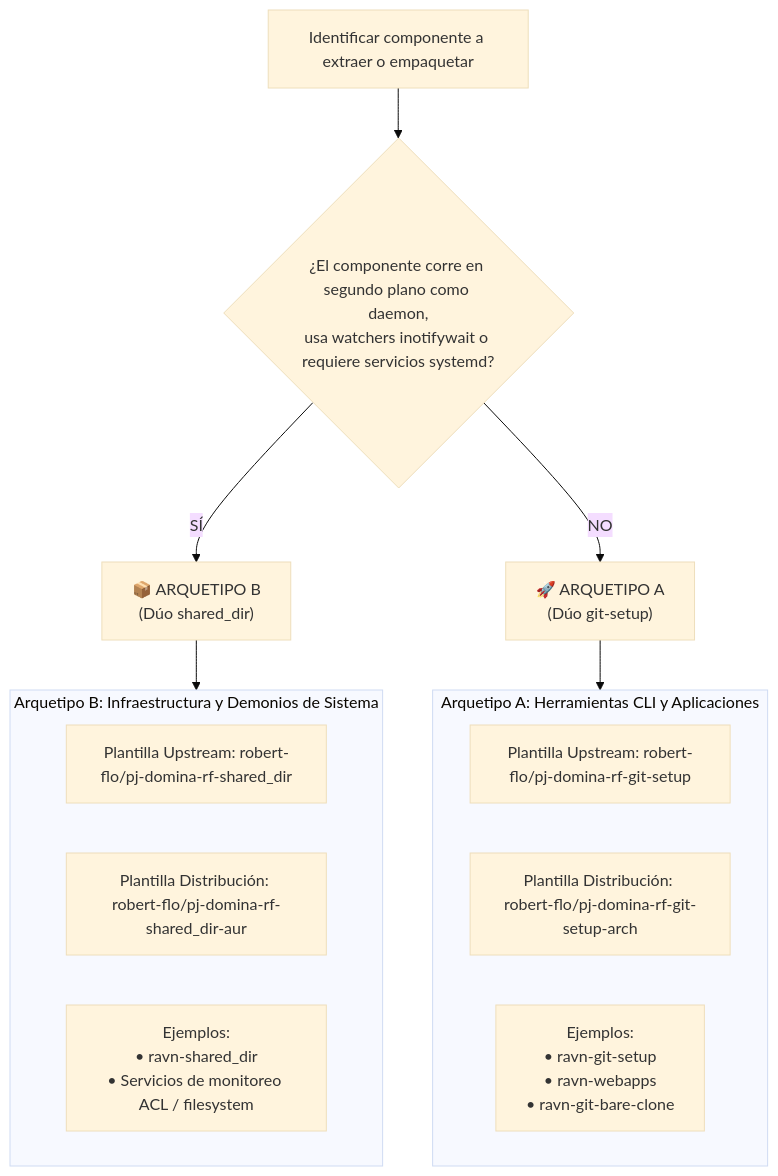
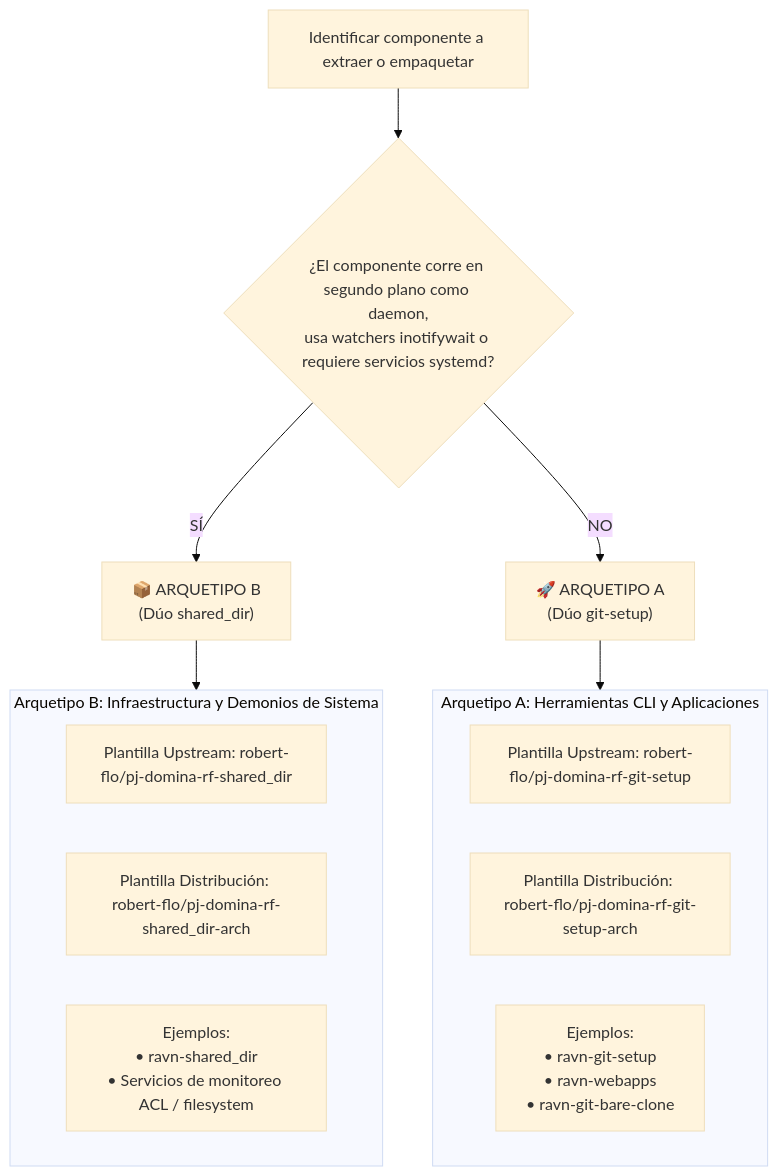
Before and after one commit to robert-flo/PJ-NIRI-rf-omarchy-workstation: the diagram in 07 - Referencias del Sistema/07.6 - Estandar de Duo Repositorios y Arbol de Decision (git-setup vs shared_dir).md, drawn with Mermaid (base theme). The commit also changed other lines of this file and 1 other file, not shown here.

Commit message:
docs: estandarizar sufijo -arch (shared_dir-aur -> shared_dir-arch) (#55)
agente: ceo · plataforma: Grok Bot

````diff
--- a/07 - Referencias del Sistema/07.6 - Estandar de Duo Repositorios y Arbol de Decision (git-setup vs shared_dir).md
+++ b/07 - Referencias del Sistema/07.6 - Estandar de Duo Repositorios y Arbol de Decision (git-setup vs shared_dir).md
@@ -43,22 +43,22 @@
 ```mermaid
 flowchart TD
     Start["Identificar componente a extraer o empaquetar"] --> CheckDaemon{"¿El componente corre en segundo plano como daemon,\nusa watchers inotifywait o requiere servicios systemd?"}
 
     CheckDaemon -- "SÍ" --> ArqB["📦 ARQUETIPO B\n(Dúo shared_dir)"]
     CheckDaemon -- "NO" --> ArqA["🚀 ARQUETIPO A\n(Dúo git-setup)"]
 
     subgraph Caso_A ["Arquetipo A: Herramientas CLI y Aplicaciones"]
         ArqA1["Plantilla Upstream: robert-flo/pj-domina-rf-git-setup"]
         ArqA2["Plantilla Distribución: robert-flo/pj-domina-rf-git-setup-arch"]
         ArqA3["Ejemplos:\n• ravn-git-setup\n• ravn-webapps\n• ravn-git-bare-clone"]
     end
 
     subgraph Caso_B ["Arquetipo B: Infraestructura y Demonios de Sistema"]
         ArqB1["Plantilla Upstream: robert-flo/pj-domina-rf-shared_dir"]
-        ArqB2["Plantilla Distribución: robert-flo/pj-domina-rf-shared_dir-aur"]
+        ArqB2["Plantilla Distribución: robert-flo/pj-domina-rf-shared_dir-arch"]
         ArqB3["Ejemplos:\n• ravn-shared_dir\n• Servicios de monitoreo ACL / filesystem"]
     end
 
     ArqA --> Caso_A
     ArqB --> Caso_B
 ```
````
